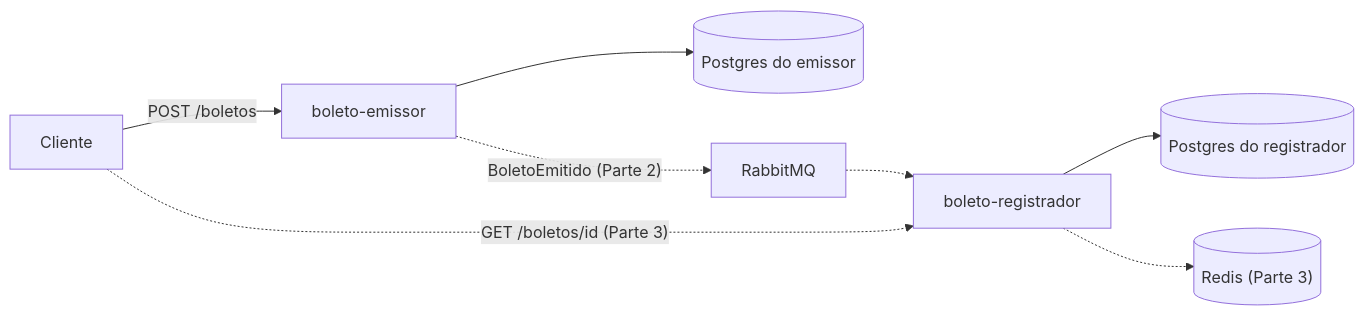
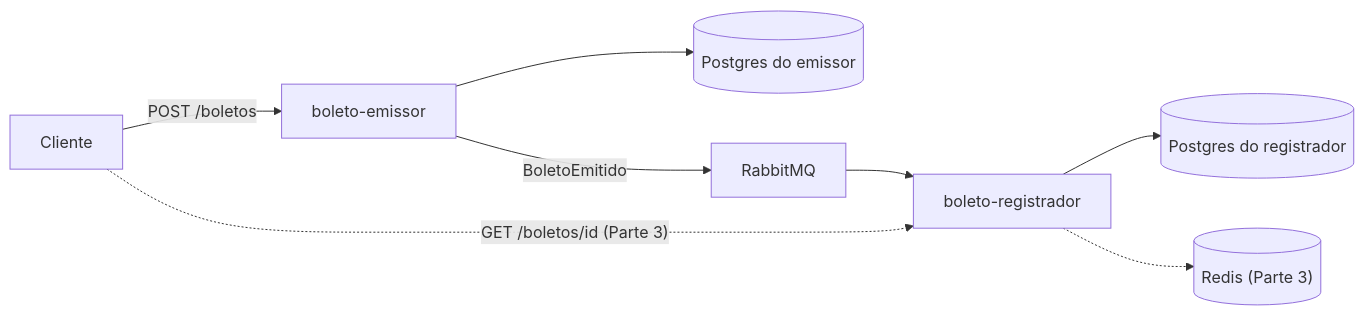
The diagram in README.md (GiovaniBR1/BE-JV-010), drawn with Mermaid before and after one commit. The commit also changed other lines of this file and 23 other files, not shown here.

First line of the commit message:
Liga emissor e registrador pela fila do RabbitMQ.

````diff
--- a/README.md
+++ b/README.md
@@ -13,10 +13,10 @@
 ```mermaid
 flowchart LR
     Cliente["Cliente"] -->|"POST /boletos"| Emissor["boleto-emissor"]
     Emissor --> PG1[("Postgres do emissor")]
-    Emissor -.->|"BoletoEmitido (Parte 2)"| Fila["RabbitMQ"]
-    Fila -.-> Registrador["boleto-registrador"]
+    Emissor -->|"BoletoEmitido"| Fila["RabbitMQ"]
+    Fila --> Registrador["boleto-registrador"]
     Registrador --> PG2[("Postgres do registrador")]
     Registrador -.-> Redis[("Redis (Parte 3)")]
     Cliente -.->|"GET /boletos/id (Parte 3)"| Registrador
 ```
````
